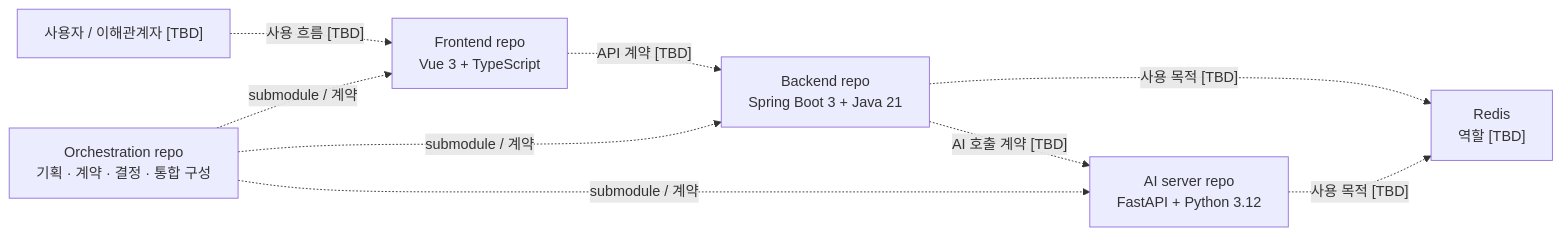
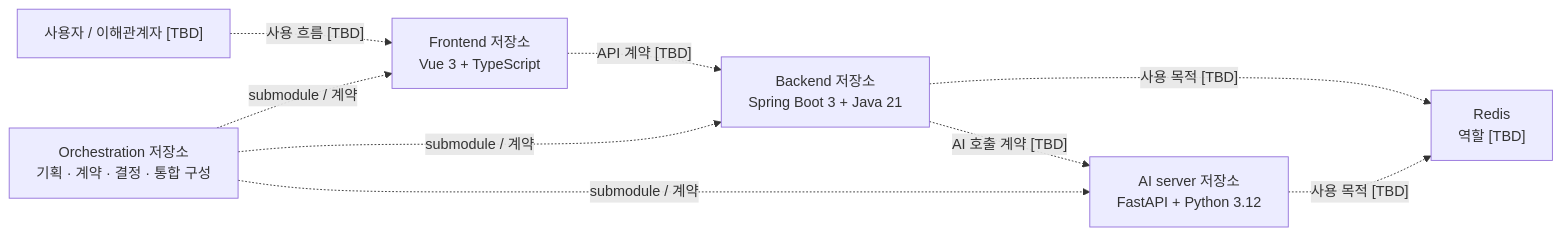
The diagram in docs/architecture/system-context.md (iRead-B105/iRead), drawn with Mermaid before and after one commit. The commit also changed other lines of this file and 27 other files, not shown here.

````diff
--- a/docs/architecture/system-context.md
+++ b/docs/architecture/system-context.md
@@ -8,18 +8,18 @@
 ```mermaid
 flowchart LR
     U["사용자 / 이해관계자 [TBD]"]
-    F["Frontend repo<br/>Vue 3 + TypeScript"]
-    B["Backend repo<br/>Spring Boot 3 + Java 21"]
-    A["AI server repo<br/>FastAPI + Python 3.12"]
+    F["Frontend 저장소<br/>Vue 3 + TypeScript"]
+    B["Backend 저장소<br/>Spring Boot 3 + Java 21"]
+    A["AI server 저장소<br/>FastAPI + Python 3.12"]
     R["Redis<br/>역할 [TBD]"]
-    O["Orchestration repo<br/>기획 · 계약 · 결정 · 통합 구성"]
+    O["Orchestration 저장소<br/>기획 · 계약 · 결정 · 통합 구성"]
 
     U -. "사용 흐름 [TBD]" .-> F
     F -. "API 계약 [TBD]" .-> B
     B -. "AI 호출 계약 [TBD]" .-> A
     B -. "사용 목적 [TBD]" .-> R
     A -. "사용 목적 [TBD]" .-> R
     O -. "submodule / 계약" .-> F
     O -. "submodule / 계약" .-> B
     O -. "submodule / 계약" .-> A
 ```
````
